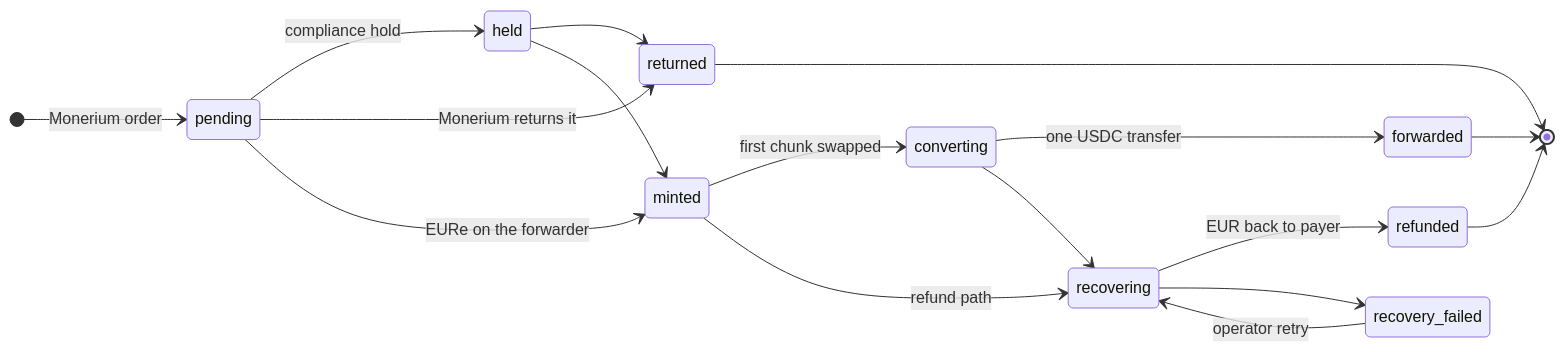
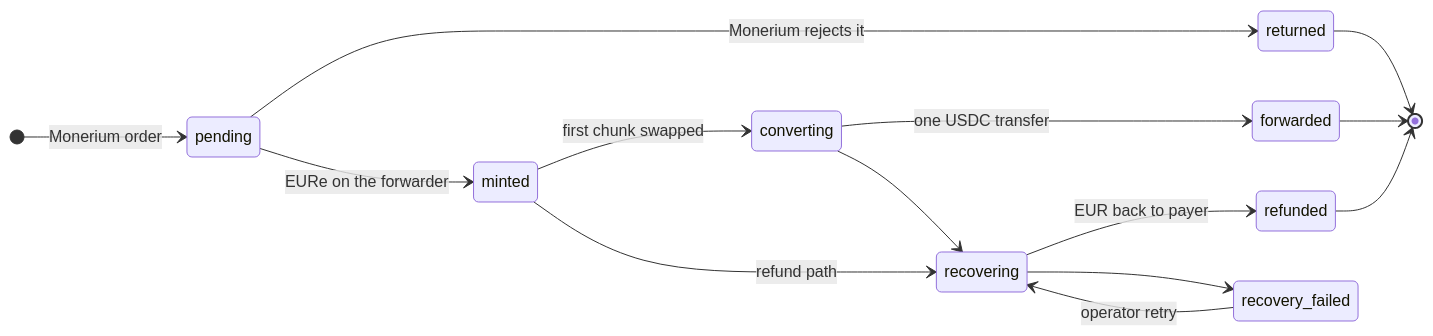
The sixth of 6 diagrams in docs/product-monerium-b2b-flow.md (pendulum-chain/vortex), drawn with Mermaid before and after one commit. The commit also changed other lines of this file, not shown here.

First line of the commit message:
docs(repo): record Monerium's answers in the B2B flow overview

````diff
--- a/docs/product-monerium-b2b-flow.md
+++ b/docs/product-monerium-b2b-flow.md
@@ -408,20 +434,17 @@
 ```mermaid
 stateDiagram-v2
     direction LR
     [*] --> pending: Monerium order
-    pending --> held: compliance hold
-    pending --> returned: Monerium returns it
-    held --> returned
+    pending --> returned: Monerium rejects it
     pending --> minted: EURe on the forwarder
-    held --> minted
     minted --> converting: first chunk swapped
     converting --> forwarded: one USDC transfer
     minted --> recovering: refund path
     converting --> recovering
     recovering --> refunded: EUR back to payer
     recovering --> recovery_failed
     recovery_failed --> recovering: operator retry
     forwarded --> [*]
     returned --> [*]
     refunded --> [*]
 ```
````
